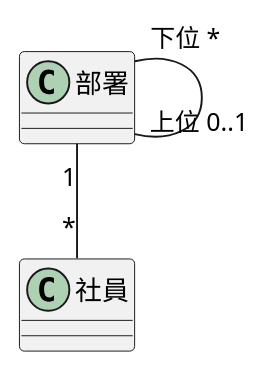
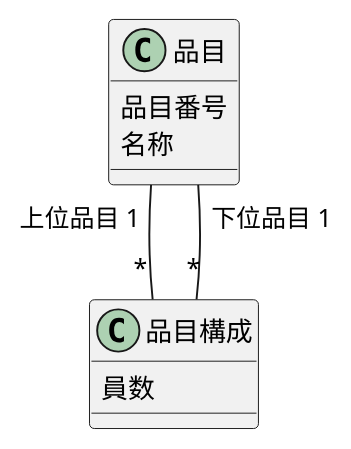
One commit to yinm/uml-modeling-lesson changed the diagram in ch09/sample.puml. Above: the diagram before and after it, drawn with PlantUML.

Commit message:
Add lesson35

```diff
--- a/ch09/sample.puml
+++ b/ch09/sample.puml
@@ -1,12 +1,15 @@
 @startuml
 
-class 部署 {
+class 品目 {
+  品目番号
+  名称
 }
 
-class 社員 {
+class 品目構成 {
+  員数
 }
 
-部署 "1"--"*" 社員
-部署 "下位 *"---"上位 0..1" 部署
+品目 "上位品目 1"--"*" 品目構成
+品目 "下位品目 1"--"*" 品目構成
 
 @enduml
```
